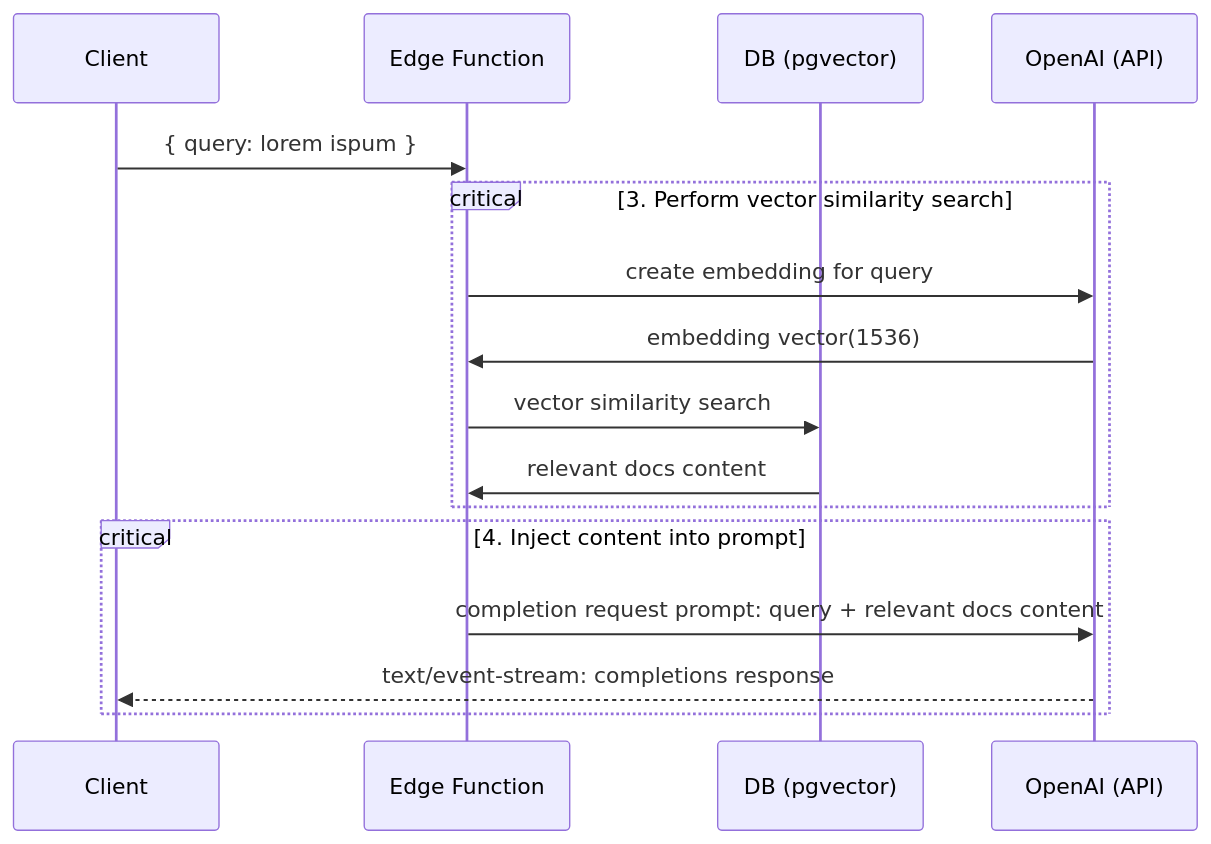
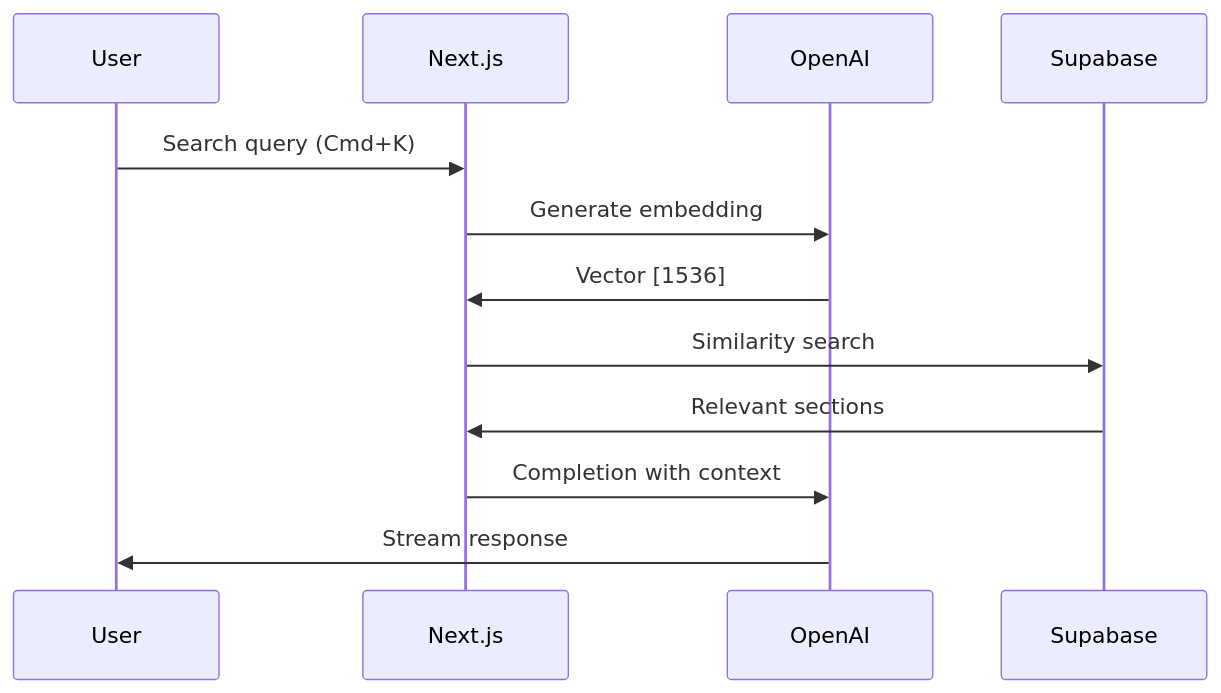
One commit to jgtolentino/openai-ui changed the first of 2 diagrams in README.md. Above: the diagram before and after it, drawn with Mermaid. The commit also changed other lines of this file and 12 other files, not shown here.

````diff
--- a/README.md
+++ b/README.md
@@ -45,18 +62,15 @@
 ```mermaid
 sequenceDiagram
-    participant Client
-    participant Edge Function
-    participant DB (pgvector)
-    participant OpenAI (API)
-    Client->>Edge Function: { query: lorem ispum }
-    critical 3. Perform vector similarity search
-        Edge Function->>OpenAI (API): create embedding for query
-        OpenAI (API)->>Edge Function: embedding vector(1536)
-        Edge Function->>DB (pgvector): vector similarity search
-        DB (pgvector)->>Edge Function: relevant docs content
-    end
-    critical 4. Inject content into prompt
-        Edge Function->>OpenAI (API): completion request prompt: query + relevant docs content
-        OpenAI (API)-->>Client: text/event-stream: completions response
-    end
+    participant User
+    participant Next.js
+    participant OpenAI
+    participant Supabase
+
+    User->>Next.js: Search query (Cmd+K)
+    Next.js->>OpenAI: Generate embedding
+    OpenAI->>Next.js: Vector [1536]
+    Next.js->>Supabase: Similarity search
+    Supabase->>Next.js: Relevant sections
+    Next.js->>OpenAI: Completion with context
+    OpenAI->>User: Stream response
 ```
````
